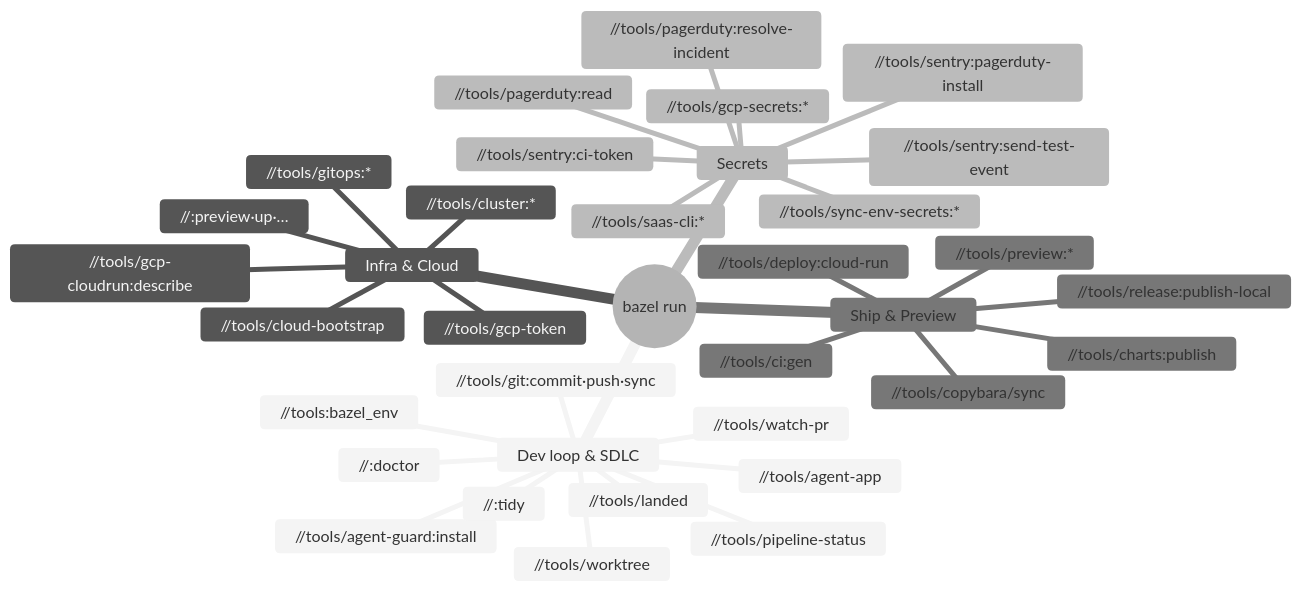
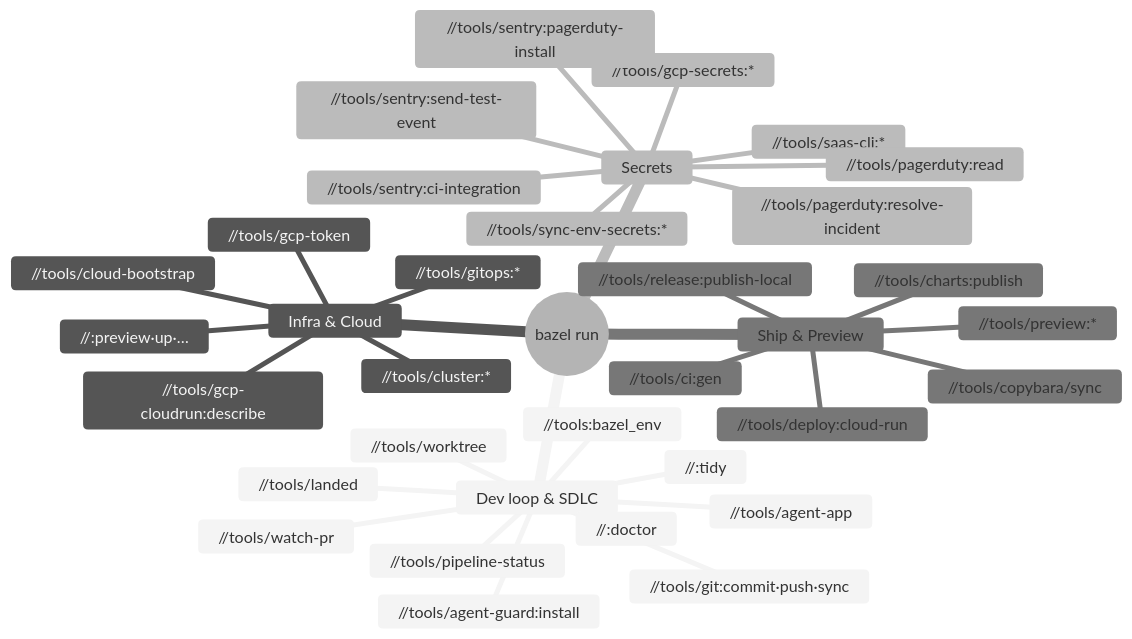
Before and after one commit to VitruvianSoftware/vitruvian-core: the diagram in docs/reference/bazel-targets.md, drawn with Mermaid (neutral theme). The commit also changed other lines of this file and 8 other files, not shown here.

Commit message:
refactor(sentry): replace ci-token minting with ci-integration reconcile and check

````diff
--- a/docs/reference/bazel-targets.md
+++ b/docs/reference/bazel-targets.md
@@ -11,38 +11,38 @@
 ```mermaid
 mindmap
   root((bazel run))
     Dev loop & SDLC
       //:doctor
       //tools/worktree
       //tools/git:commit·push·sync
       //tools/agent-guard:install
       //tools/agent-app
       //tools/watch-pr
       //tools/landed
       //tools/pipeline-status
       //:tidy
       //tools:bazel_env
     Infra & Cloud
       //<pulumi project>:preview·up·…
       //tools/gcp-token
       //tools/gcp-cloudrun:describe
       //tools/cloud-bootstrap
       //tools/gitops:*
       //tools/cluster:*
     Secrets
       //tools/gcp-secrets:*
       //tools/sync-env-secrets:*
       //tools/saas-cli:*
-      //tools/sentry:ci-token
+      //tools/sentry:ci-integration
       //tools/sentry:pagerduty-install
       //tools/sentry:send-test-event
       //tools/pagerduty:read
       //tools/pagerduty:resolve-incident
     Ship & Preview
       //tools/ci:gen
       //tools/deploy:cloud-run
       //tools/preview:*
       //tools/charts:publish
       //tools/release:publish-local
       //tools/copybara/sync
 ```
````
